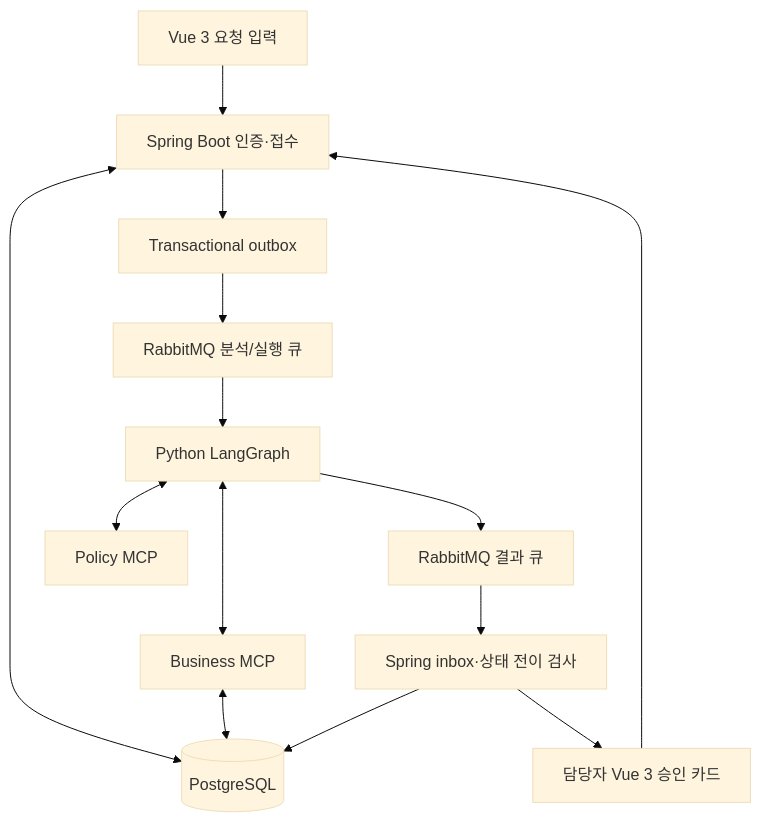
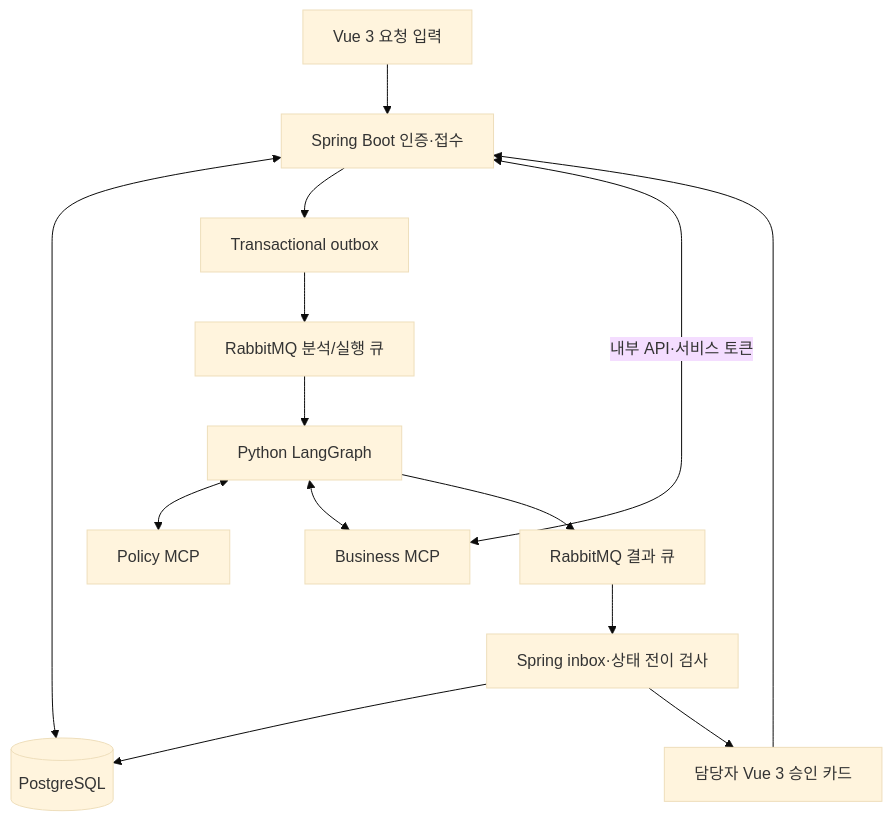
One commit to bana-lucky-100/UnlockOps changed the first of 2 diagrams in docs/architecture.md. Above: the diagram before and after it, drawn with Mermaid (base theme). The commit also changed other lines of this file and 33 other files, not shown here.

````diff
--- a/docs/architecture.md
+++ b/docs/architecture.md
@@ -3,16 +3,16 @@
 ```mermaid
 flowchart TD
   V[Vue 3 요청 입력] --> S[Spring Boot 인증·접수]
   S <--> DB[(PostgreSQL)]
   S --> O[Transactional outbox]
   O --> Q[RabbitMQ 분석/실행 큐]
   Q --> A[Python LangGraph]
   A <--> P[Policy MCP]
   A <--> B[Business MCP]
-  B <--> DB
+  B <-->|내부 API·서비스 토큰| S
   A --> R[RabbitMQ 결과 큐]
   R --> I[Spring inbox·상태 전이 검사]
   I --> DB
   I --> AV[담당자 Vue 3 승인 카드]
   AV --> S
 ```
````
